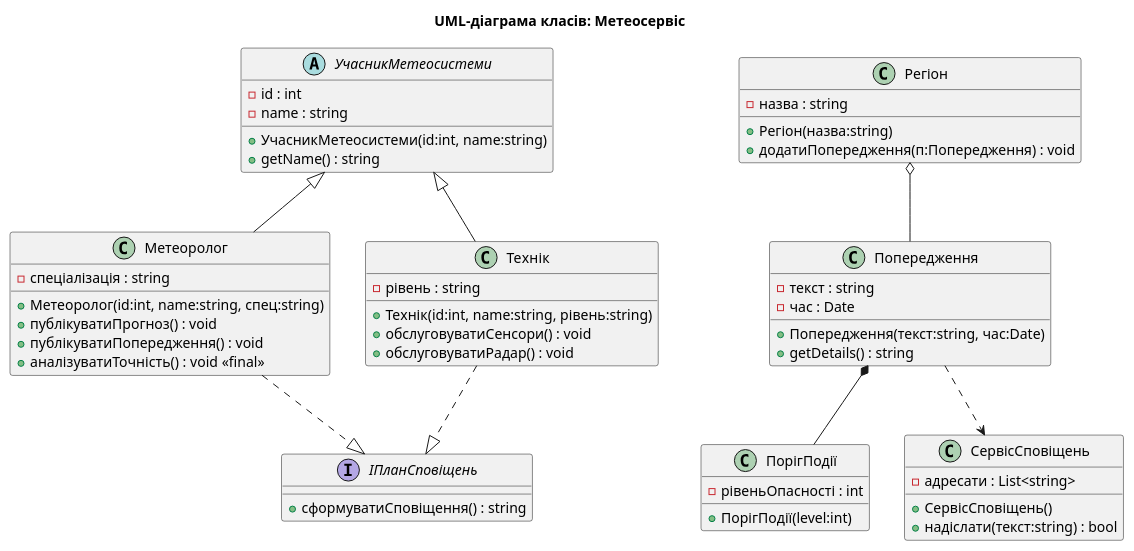
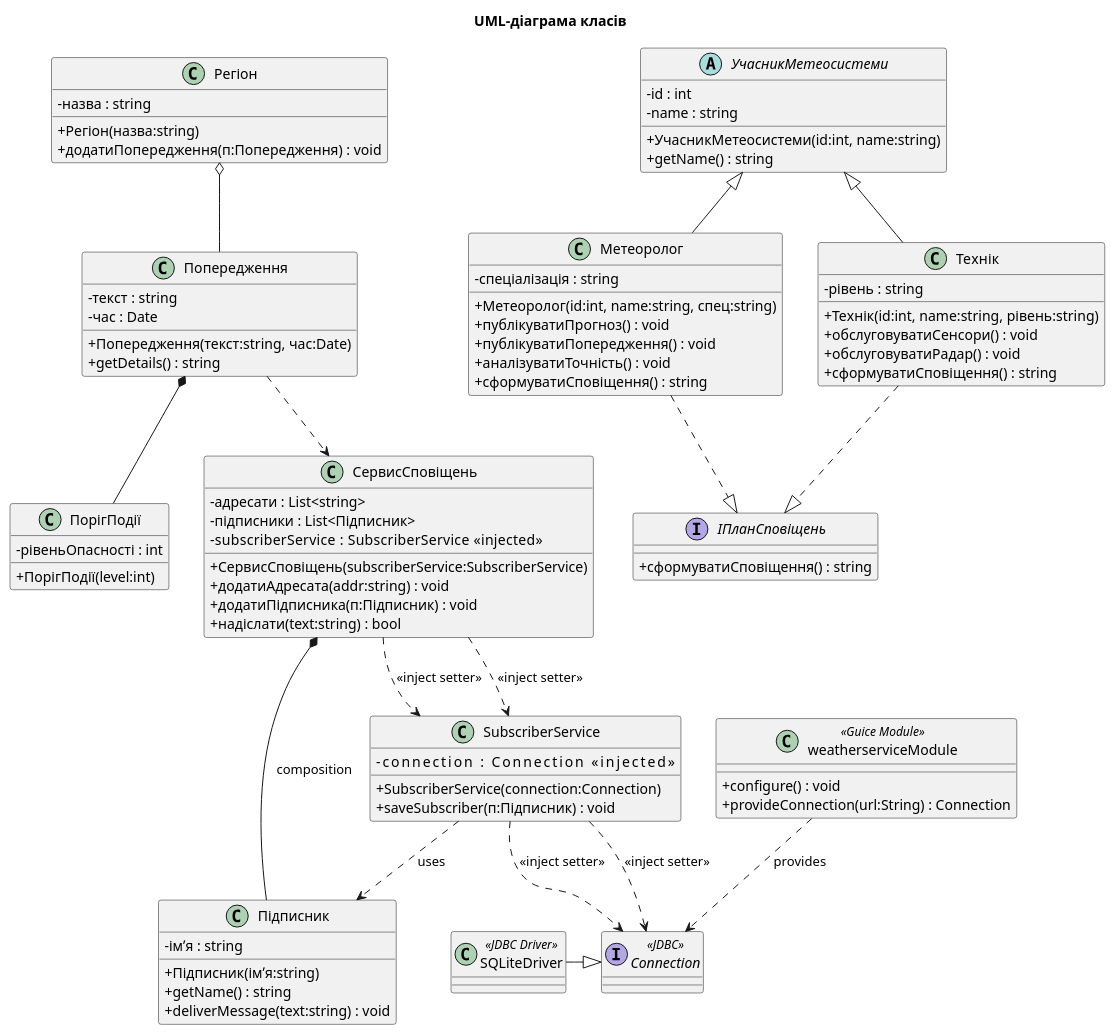
One commit to MartynenkoMS/INDZ changed the diagram in docs/class.puml. Above: the diagram before and after it, drawn with PlantUML. The commit also changed 61 other files, not shown here.

```diff
--- a/docs/class.puml
+++ b/docs/class.puml
@@ -1,63 +1,134 @@
 @startuml
-title UML-діаграма класів: Метеосервіс
+title UML-діаграма класів
+skinparam classAttributeIconSize 0
+
+' --------------------------------------
+'        ІСНУЮЧІ КЛАСИ
+' --------------------------------------
 
 abstract class УчасникМетеосистеми {
   - id : int
   - name : string
   + УчасникМетеосистеми(id:int, name:string)
   + getName() : string
 }
 
 interface IПланСповіщень {
   + сформуватиСповіщення() : string
 }
 
 class Метеоролог {
   - спеціалізація : string
   + Метеоролог(id:int, name:string, спец:string)
   + публікуватиПрогноз() : void
   + публікуватиПопередження() : void
-  + аналізуватиТочність() : void <<final>>
+  + аналізуватиТочність() : void
+  + сформуватиСповіщення() : string
 }
 
 class Технік {
   - рівень : string
   + Технік(id:int, name:string, рівень:string)
   + обслуговуватиСенсори() : void
   + обслуговуватиРадар() : void
+  + сформуватиСповіщення() : string
 }
 
 class Попередження {
   - текст : string
   - час : Date
   + Попередження(текст:string, час:Date)
   + getDetails() : string
 }
 
 class ПорігПодії {
   - рівеньОпасності : int
   + ПорігПодії(level:int)
 }
 
 class Регіон {
   - назва : string
   + Регіон(назва:string)
   + додатиПопередження(п:Попередження) : void
 }
 
-class СервісСповіщень {
-  - адресати : List<string>
-  + СервісСповіщень()
-  + надіслати(текст:string) : bool
+' --------------------------------------
+'     НОВІ КЛАСИ ДЛЯ DI (2.10)
+' --------------------------------------
+
+class Підписник {
+  - імʼя : string
+  + Підписник(імʼя:string)
+  + getName() : string
+  + deliverMessage(text:string) : void
 }
 
+class СервисСповіщень {
+  - адресати : List<string>
+  - підписники : List<Підписник>
+  - subscriberService : SubscriberService     <<injected>>
+  + СервисСповіщень(subscriberService:SubscriberService)
+  + додатиАдресата(addr:string) : void
+  + додатиПідписника(п:Підписник) : void
+  + надіслати(text:string) : bool
+}
+
+' Додаємо setter injection
+СервисСповіщень ..> SubscriberService : <<inject setter>>
+
+class SubscriberService {
+  - connection : Connection                   <<injected>>
+  + SubscriberService(connection:Connection)
+  + saveSubscriber(п:Підписник) : void
+}
+
+' Додаємо setter injection
+SubscriberService ..> Connection : <<inject setter>>
+
+class weatherserviceModule <<Guice Module>> {
+  + configure() : void
+  + provideConnection(url:String) : Connection
+}
+
+interface Connection <<JDBC>> {
+}
+
+class SQLiteDriver <<JDBC Driver>> {
+}
+
+
+' --------------------------------------
+'           ЗВ’ЯЗКИ
+' --------------------------------------
+
+' Наслідування
 УчасникМетеосистеми <|-- Метеоролог
 УчасникМетеосистеми <|-- Технік
 
+' Реалізація інтерфейсу
 Метеоролог ..|> IПланСповіщень
 Технік ..|> IПланСповіщень
 
-Попередження ..> СервісСповіщень
+' Композиції
 Регіон o-- Попередження
 Попередження *-- ПорігПодії
+
+' Композиція: СервісСповіщень володіє Підписниками
+СервисСповіщень *-- Підписник : composition
+
+' DI залежності
+СервисСповіщень ..> SubscriberService : <<inject setter>>
+SubscriberService ..> Connection : <<inject setter>>
+
+' SubscriberService використовує Підписник
+SubscriberService ..> Підписник : uses
+
+' weatherserviceModule надає Connection
+weatherserviceModule ..> Connection : provides
+
+' JDBC driver implements Connection
+SQLiteDriver -|> Connection
+
+' Попередження використовує СервісСповіщень
+Попередження ..> СервисСповіщень
 @enduml
```
